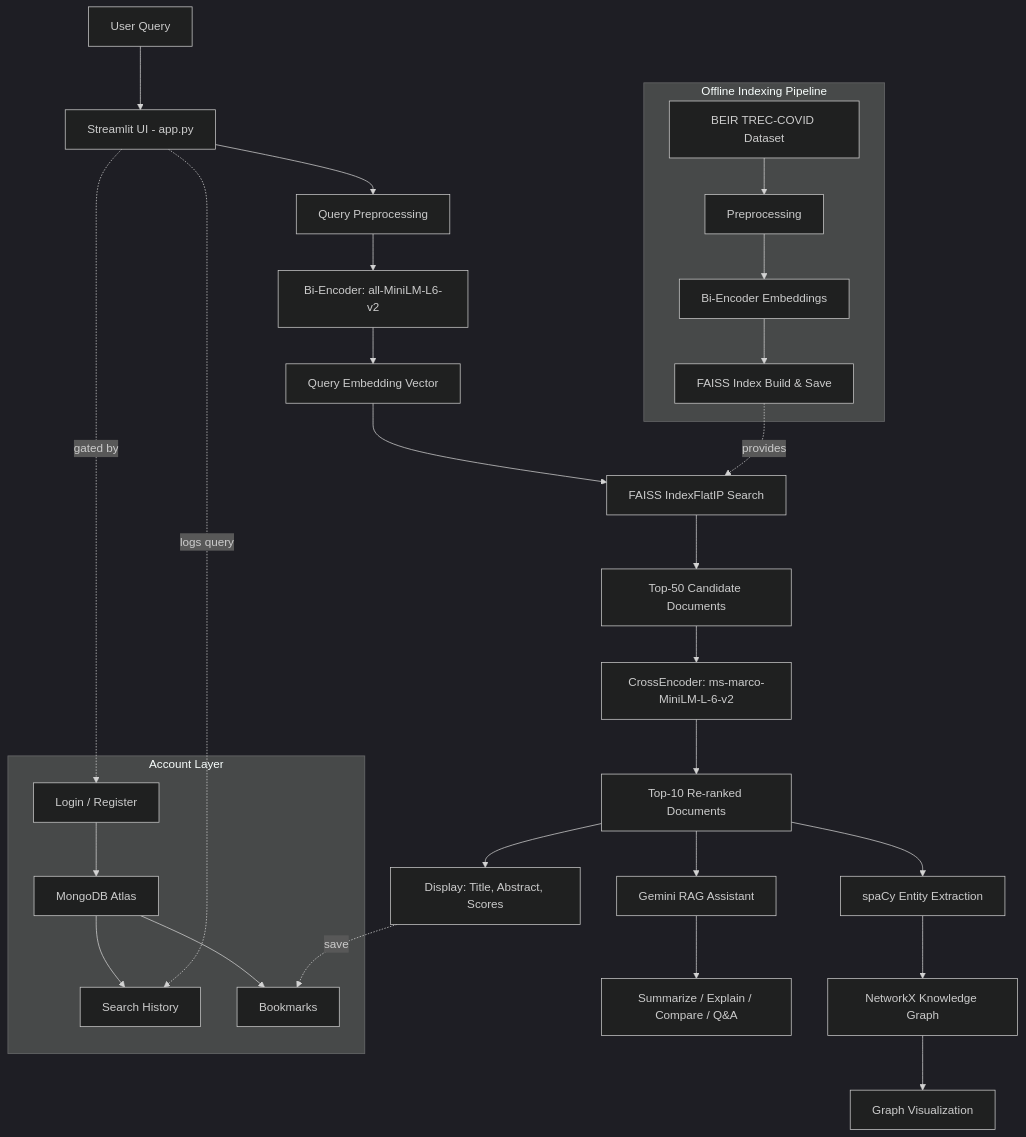
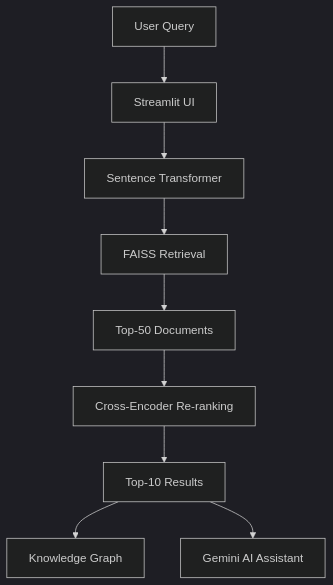
Before and after one commit to sharmila057/COVID-19-Information-Retrieval-IR-with-Pre-trained-LLMs-and-Knowledge-Graph: the diagram in README.md, drawn with Mermaid (dark theme). The commit also changed other lines of this file, not shown here.

````diff
--- a/README.md
+++ b/README.md
@@ -18,35 +22,11 @@
 ```mermaid
 flowchart TD
-    A[User Query] --> B[Streamlit UI - app.py]
-    B --> C[Query Preprocessing]
-    C --> D[Bi-Encoder: all-MiniLM-L6-v2]
-    D --> E[Query Embedding Vector]
-    E --> F[FAISS IndexFlatIP Search]
-    F --> G[Top-50 Candidate Documents]
-    G --> H[CrossEncoder: ms-marco-MiniLM-L-6-v2]
-    H --> I[Top-10 Re-ranked Documents]
-    I --> J[Display: Title, Abstract, Scores]
-    I --> K[spaCy Entity Extraction]
-    K --> L[NetworkX Knowledge Graph]
-    L --> M[Graph Visualization]
-    I --> R[Gemini RAG Assistant]
-    R --> S[Summarize / Explain / Compare / Q&A]
-
-    subgraph Offline Indexing Pipeline
-        N[BEIR TREC-COVID Dataset] --> O[Preprocessing]
-        O --> P[Bi-Encoder Embeddings]
-        P --> Q[FAISS Index Build & Save]
-    end
-
-    Q -.provides.-> F
-
-    subgraph Account Layer
-        T[Login / Register] --> U[MongoDB Atlas]
-        U --> V[Search History]
-        U --> W[Bookmarks]
-    end
-
-    B -.gated by.-> T
-    J -.save.-> W
-    B -.logs query.-> V
+    A[User Query] --> B[Streamlit UI]
+    B --> C[Sentence Transformer]
+    C --> D[FAISS Retrieval]
+    D --> E[Top-50 Documents]
+    E --> F[Cross-Encoder Re-ranking]
+    F --> G[Top-10 Results]
+    G --> H[Knowledge Graph]
+    G --> I[Gemini AI Assistant]
 ```
````
